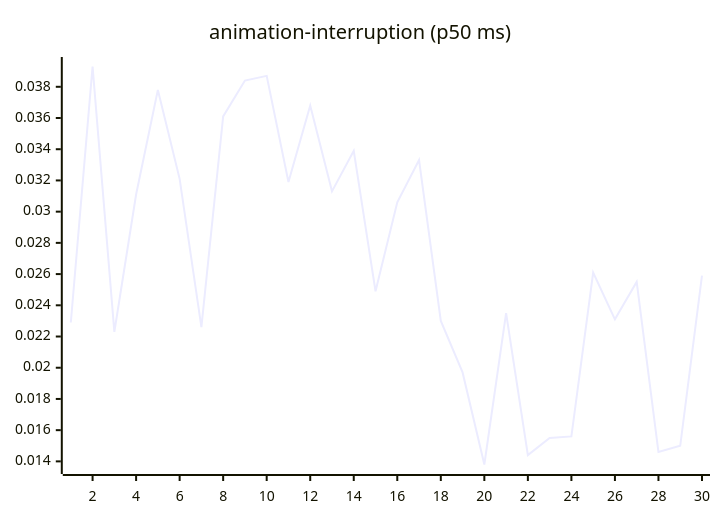
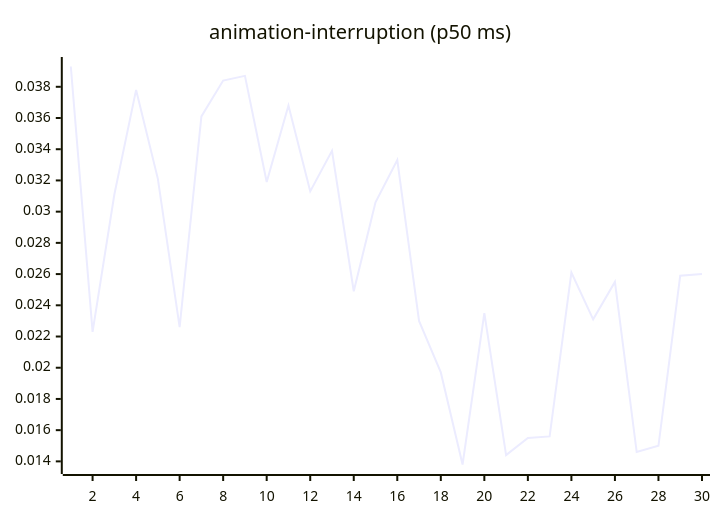
Before and after one commit to josha/Facet: the third of 27 diagrams in README.md, drawn with Mermaid. The commit also changed other lines of this file and 2 other files, not shown here.

````diff
--- a/README.md
+++ b/README.md
@@ -77,6 +77,6 @@
 ```mermaid
 xychart-beta
     title "animation-interruption (p50 ms)"
     x-axis 1 --> 30
-    line [0.0229, 0.0393, 0.0223, 0.0311, 0.0378, 0.0321, 0.0226, 0.0361, 0.0384, 0.0387, 0.0319, 0.0368, 0.0313, 0.0339, 0.0249, 0.0306, 0.0333, 0.0230, 0.0197, 0.0138, 0.0235, 0.0144, 0.0155, 0.0156, 0.0261, 0.0231, 0.0255, 0.0146, 0.0150, 0.0259]
+    line [0.0393, 0.0223, 0.0311, 0.0378, 0.0321, 0.0226, 0.0361, 0.0384, 0.0387, 0.0319, 0.0368, 0.0313, 0.0339, 0.0249, 0.0306, 0.0333, 0.0230, 0.0197, 0.0138, 0.0235, 0.0144, 0.0155, 0.0156, 0.0261, 0.0231, 0.0255, 0.0146, 0.0150, 0.0259, 0.0260]
 ```
````
